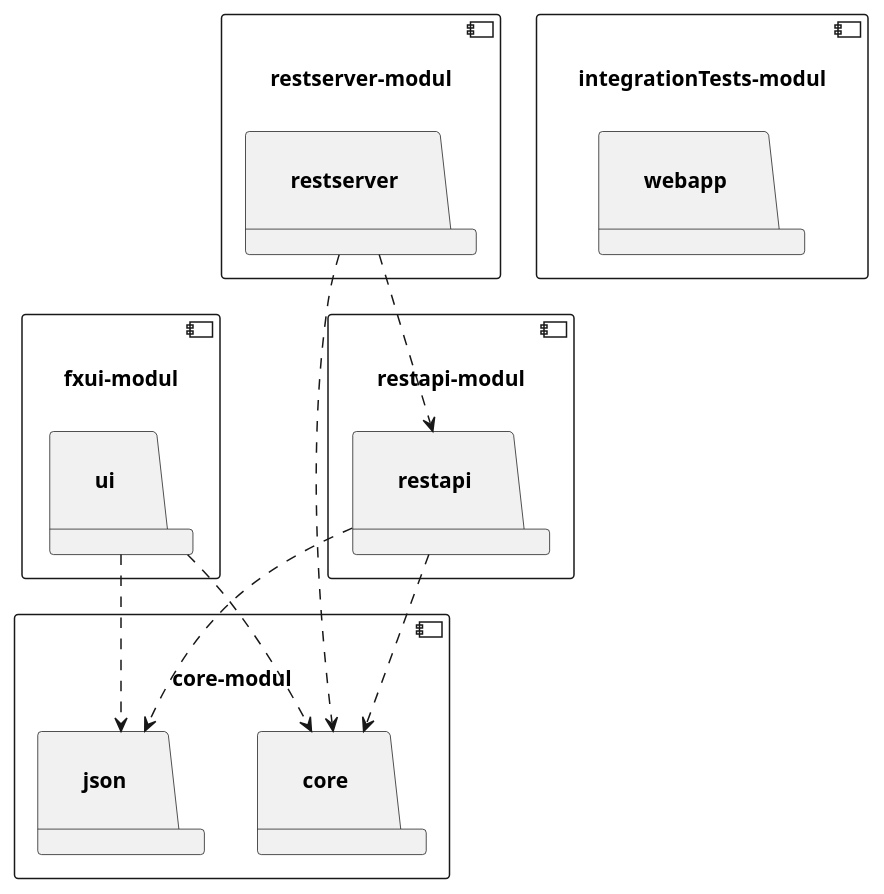
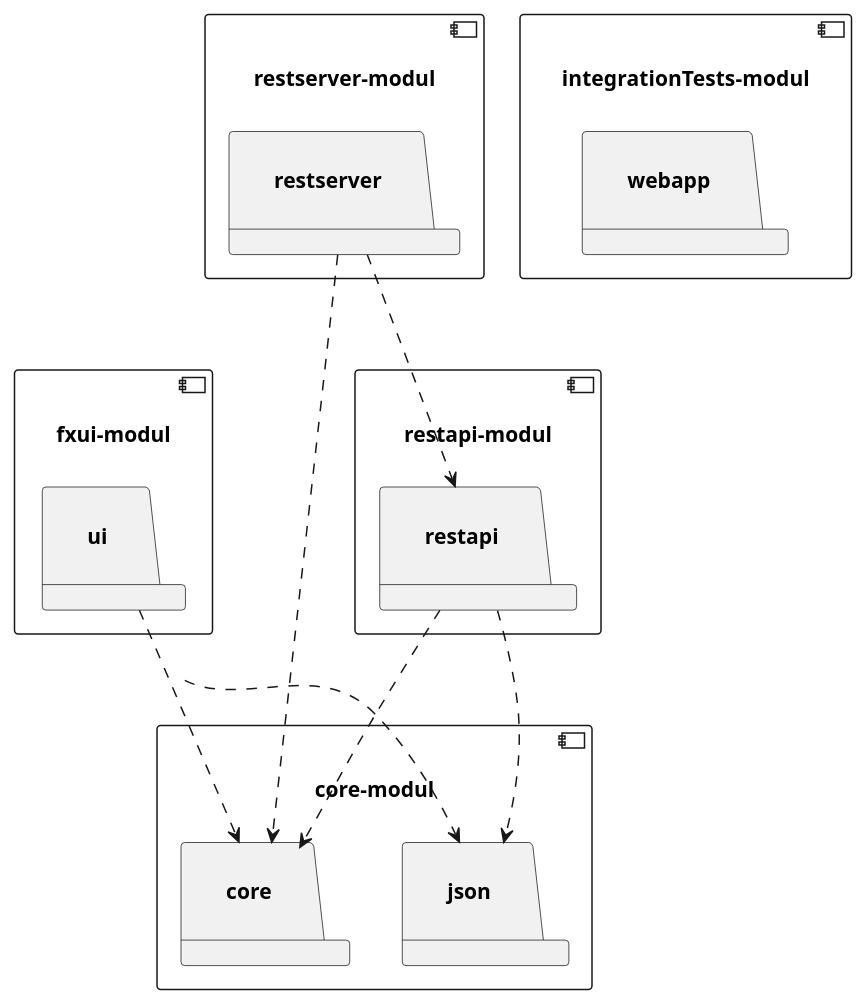
One commit to jarlsondre/TrainingLogger changed the second of 2 diagrams in trainingLogger/README.md. Above: the diagram before and after it, drawn with PlantUML. The commit also changed other lines of this file, not shown here.

Commit message:
Oppdatert utkast til klassediagrammet

````diff
--- a/trainingLogger/README.md
+++ b/trainingLogger/README.md
@@ -148,40 +163,40 @@
 ```plantuml 
 
 skinparam Padding 20
 
     
 component "core-modul" {
     package core
     package json
 }
 
 component "fxui-modul" {
   package ui
 }
 
 component "integrationTests-modul" {
   package webapp
 }
 
 component "restapi-modul" {
   package restapi
 }
 
 component "restserver-modul" {
     package restserver
   
 }
 
 
-restserver ..> restapi
-restserver ..> core
-restapi ..> core
-restapi ..> json
-ui ..> core
-ui ..> json
+restserver ...> restapi
+restserver ...> core
+restapi ...> core
+restapi ...> json
+ui ...> core
+ui ...> json
 
 
 
 
 
 ```
````
